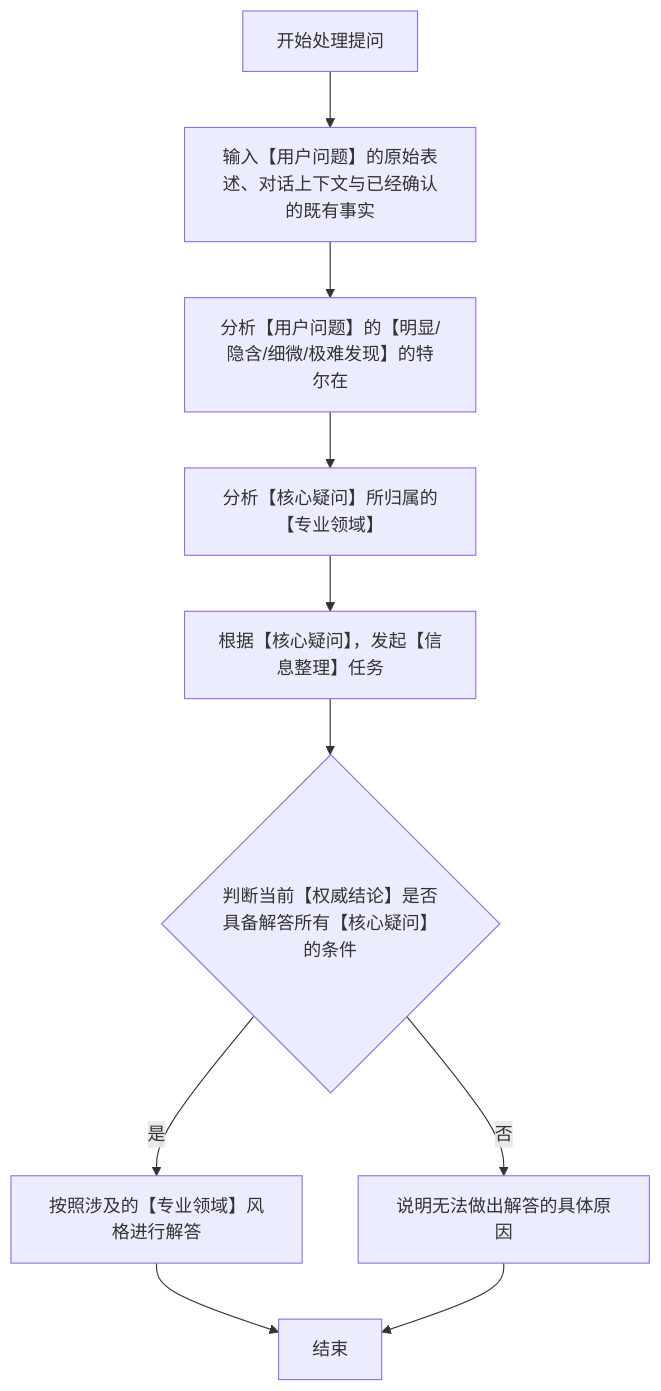
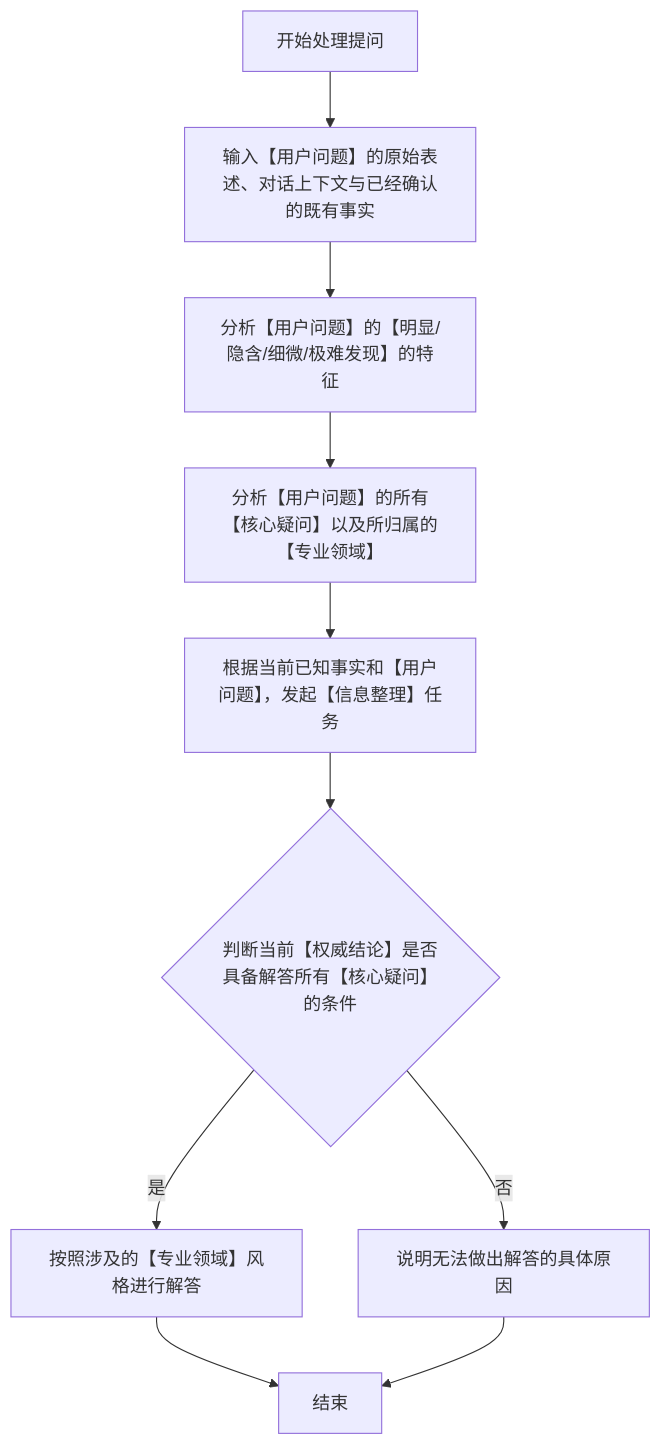
The diagram in main-skills/question-answering/question-answering.md (zhoumingxuan/Delepi), drawn with Mermaid before and after one commit. The commit also changed other lines of this file and 40 other files, not shown here.

````diff
--- a/main-skills/question-answering/question-answering.md
+++ b/main-skills/question-answering/question-answering.md
@@ -5,12 +3,12 @@
 ```mermaid
 flowchart TD
   START[开始处理提问] --> A[输入【用户问题】的原始表述、对话上下文与已经确认的既有事实]
-  A --> B[分析【用户问题】的【明显/隐含/细微/极难发现】的特尔在]
-  B --> C[分析【核心疑问】所归属的【专业领域】]
-  C --> D[根据【核心疑问】，发起【信息整理】任务]
+  A --> B[分析【用户问题】的【明显/隐含/细微/极难发现】的特征]
+  B --> C[分析【用户问题】的所有【核心疑问】以及所归属的【专业领域】]
+  C --> D[根据当前已知事实和【用户问题】，发起【信息整理】任务]
   D --> E{判断当前【权威结论】是否具备解答所有【核心疑问】的条件}
   E -- 是 --> F[按照涉及的【专业领域】风格进行解答]
   E -- 否 --> G[说明无法做出解答的具体原因]
   F --> END[结束]
   G --> END
 ```
````
